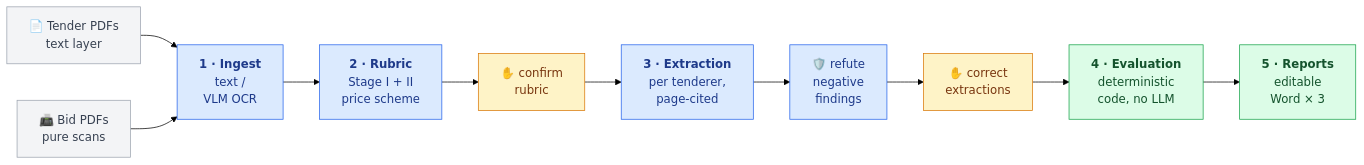
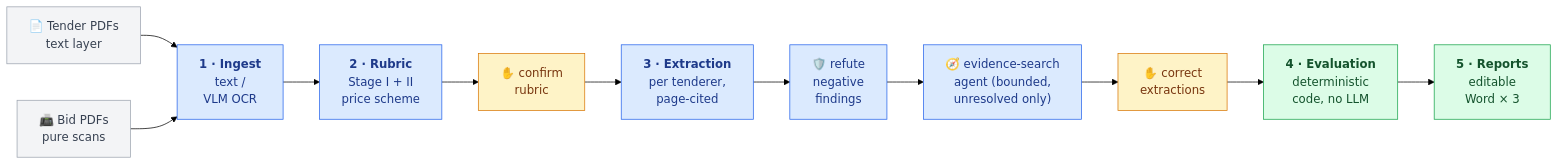
The diagram in README.md (tender-eval-ai/tender-evaluation-assistant), drawn with Mermaid (forest theme) before and after one commit. The commit also changed other lines of this file and 3 other files, not shown here.

First line of the commit message:
Phase D: docs for the LangGraph orchestration, grounding and evidence-search agent

````diff
--- a/README.md
+++ b/README.md
@@ -18,25 +18,26 @@
 ```mermaid
 flowchart LR
     T["📄 Tender PDFs<br/>text layer"] --> ING
     B["📠 Bid PDFs<br/>pure scans"] --> ING
 
     ING["<b>1 · Ingest</b><br/>text /<br/>VLM OCR"]
     RUB["<b>2 · Rubric</b><br/>Stage I + II<br/>price scheme"]
     HC1["✋ confirm<br/>rubric"]
     EXT["<b>3 · Extraction</b><br/>per tenderer,<br/>page-cited"]
     VER["🛡️ refute<br/>negative<br/>findings"]
+    AG["🧭 evidence-search<br/>agent (bounded,<br/>unresolved only)"]
     HC2["✋ correct<br/>extractions"]
     EVA["<b>4 · Evaluation</b><br/>deterministic<br/>code, no LLM"]
     REP["<b>5 · Reports</b><br/>editable<br/>Word × 3"]
 
-    ING --> RUB --> HC1 --> EXT --> VER --> HC2 --> EVA --> REP
+    ING --> RUB --> HC1 --> EXT --> VER --> AG --> HC2 --> EVA --> REP
 
     classDef llm fill:#dbeafe,stroke:#2563eb,color:#1e3a8a
     classDef code fill:#dcfce7,stroke:#16a34a,color:#14532d
     classDef human fill:#fef3c7,stroke:#d97706,color:#78350f
     classDef docs fill:#f3f4f6,stroke:#9ca3af,color:#374151
     class T,B docs
-    class ING,RUB,EXT,VER llm
+    class ING,RUB,EXT,VER,AG llm
     class HC1,HC2 human
     class EVA,REP code
 ```
````
